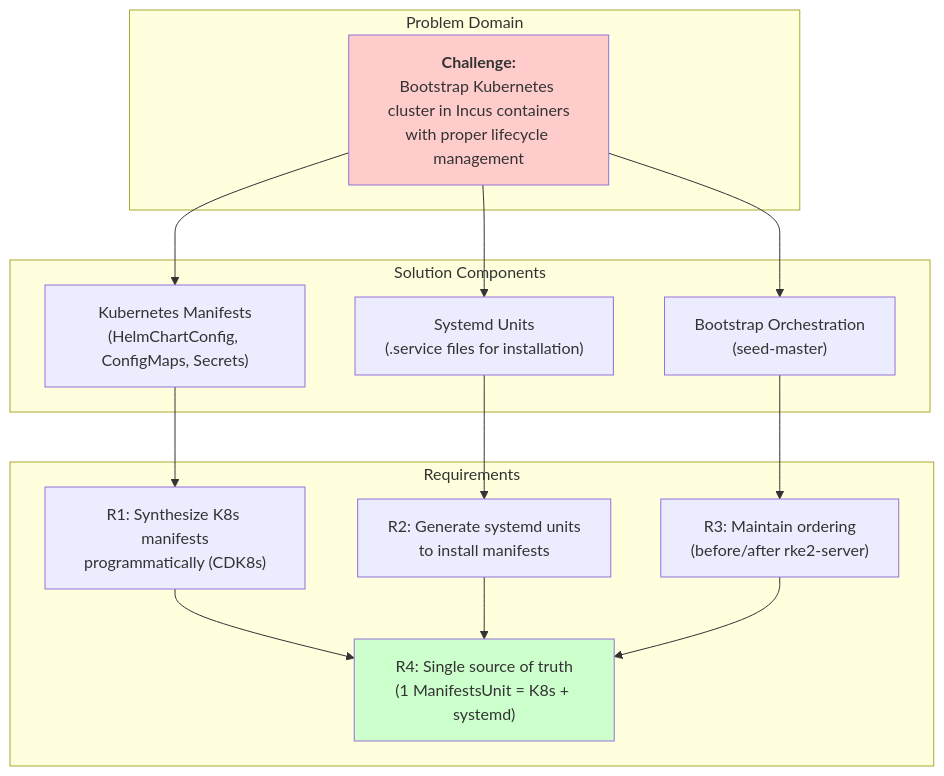
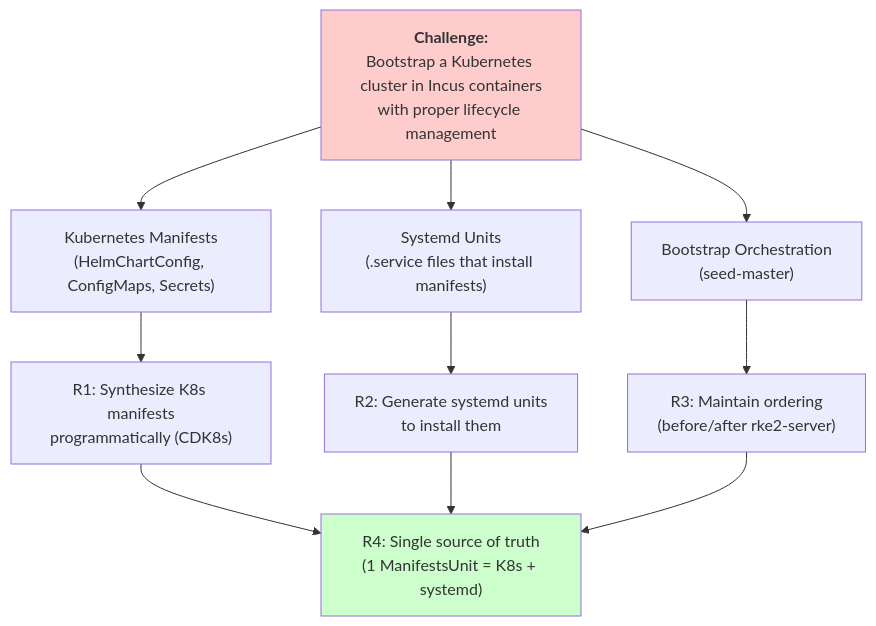
Before and after one commit to nxmatic/rke2lab: the first of 3 diagrams in docs/manifests-architecture.adoc, drawn with Mermaid. The commit also changed other lines of this file and 15 other files, not shown here.

First line of the commit message:
docs(manifests): consolidate architecture docs into hub + companions

```diff
--- a/docs/manifests-architecture.adoc
+++ b/docs/manifests-architecture.adoc
@@ -58,34 +244,27 @@
 [mermaid]
 ----
 graph TB
-    subgraph "Problem Domain"
-        Problem["<b>Challenge:</b><br/>Bootstrap Kubernetes cluster in Incus containers<br/>with proper lifecycle management"]
-    end
+    Problem["<b>Challenge:</b><br/>Bootstrap a Kubernetes cluster in Incus containers<br/>with proper lifecycle management"]
 
-    subgraph "Solution Components"
-        K8sManifests["Kubernetes Manifests<br/>(HelmChartConfig, ConfigMaps, Secrets)"]
-        SystemdUnits["Systemd Units<br/>(.service files for installation)"]
-        BootstrapFlow["Bootstrap Orchestration<br/>(seed-master)"]
-    end
+    K8sManifests["Kubernetes Manifests<br/>(HelmChartConfig, ConfigMaps, Secrets)"]
+    SystemdUnits["Systemd Units<br/>(.service files that install manifests)"]
+    Bootstrap["Bootstrap Orchestration<br/>(seed-master)"]
 
-    subgraph "Requirements"
-        R1["R1: Synthesize K8s manifests<br/>programmatically (CDK8s)"]
-        R2["R2: Generate systemd units<br/>to install manifests"]
-        R3["R3: Maintain ordering<br/>(before/after rke2-server)"]
-        R4["R4: Single source of truth<br/>(1 ManifestsUnit = K8s + systemd)"]
-    end
+    R1["R1: Synthesize K8s manifests<br/>programmatically (CDK8s)"]
+    R2["R2: Generate systemd units<br/>to install them"]
+    R3["R3: Maintain ordering<br/>(before/after rke2-server)"]
+    R4["R4: Single source of truth<br/>(1 ManifestsUnit = K8s + systemd)"]
 
     Problem --> K8sManifests
     Problem --> SystemdUnits
-    Problem --> BootstrapFlow
-
+    Problem --> Bootstrap
     K8sManifests --> R1
     SystemdUnits --> R2
-    BootstrapFlow --> R3
+    Bootstrap --> R3
     R1 --> R4
     R2 --> R4
     R3 --> R4
 
     style Problem fill:#ffcccc
     style R4 fill:#ccffcc
 ----
```
